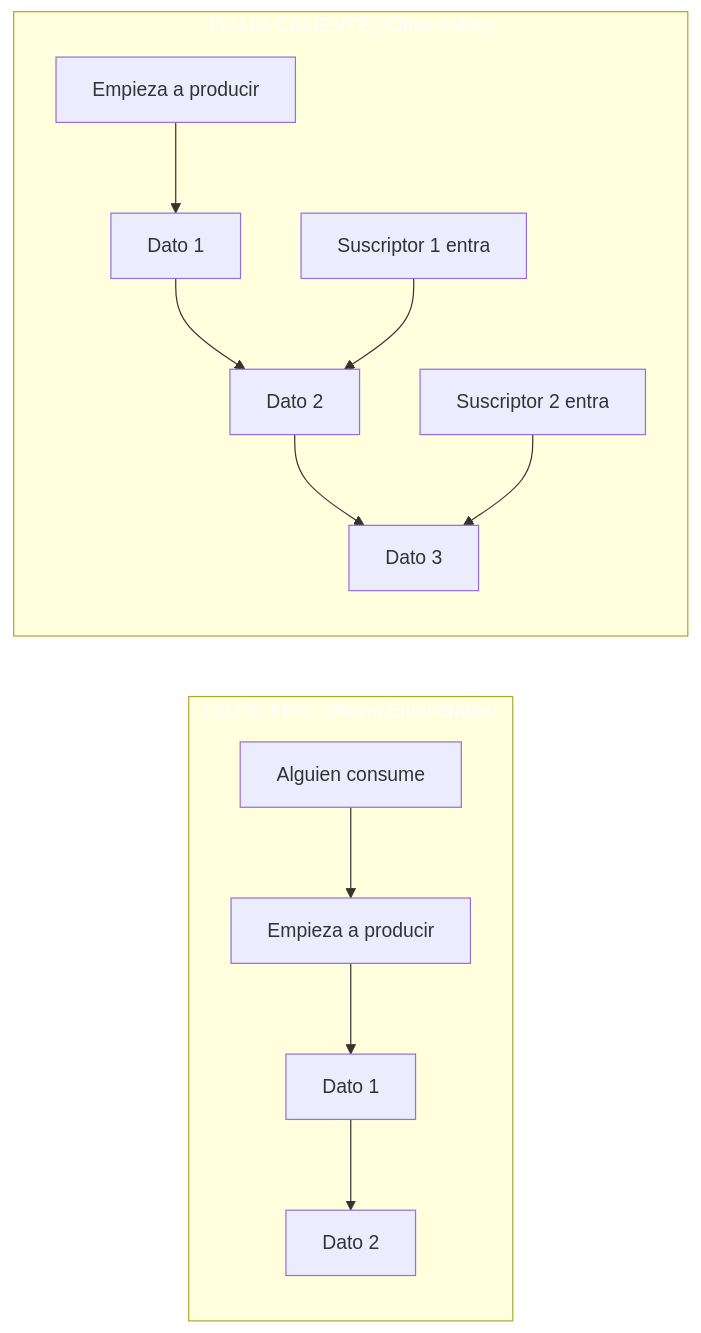
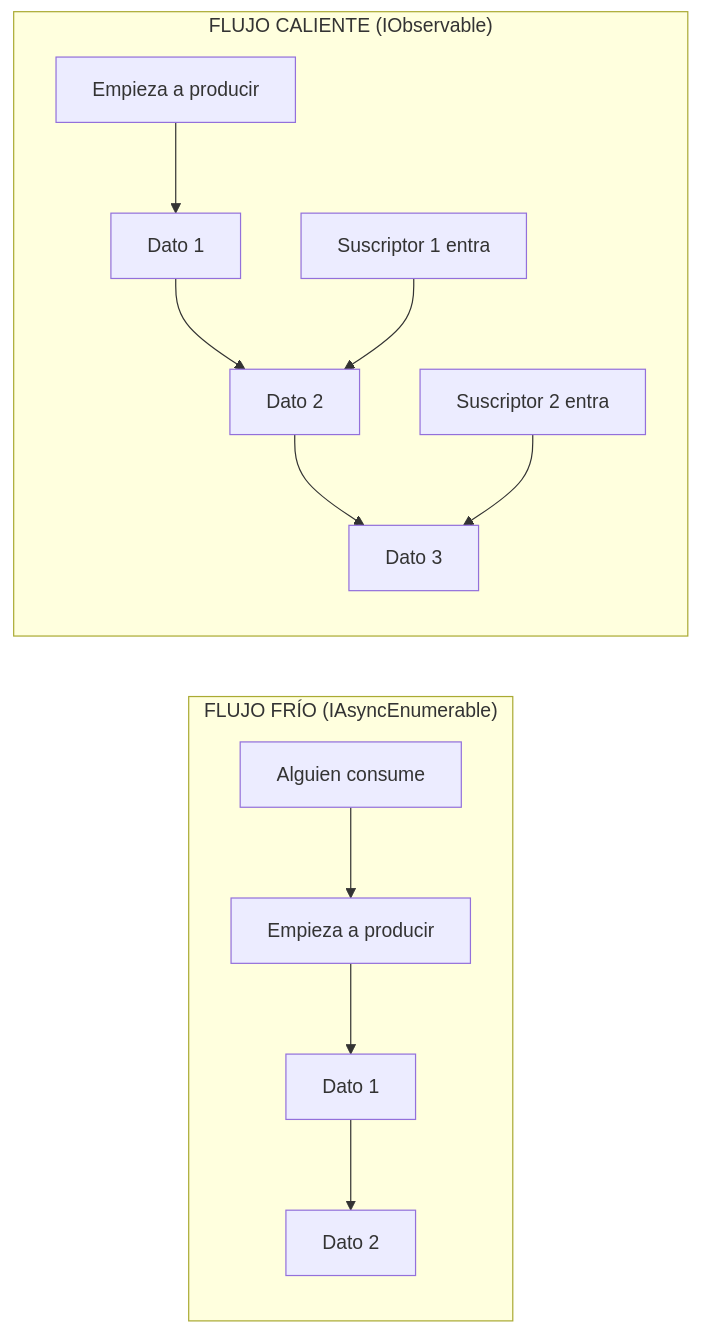
The second of 4 diagrams in 17-programacion-reactiva.md (joseluisgs/DesarrolloWebEntornosServidor-01-2026-2027), drawn with Mermaid before and after one commit. The commit also changed other lines of this file and 15 other files, not shown here.

Commit message:
docs: quitar el relleno a los subgraf de los diagramas y corregir comillas y rayas sueltas

````diff
--- a/17-programacion-reactiva.md
+++ b/17-programacion-reactiva.md
@@ -57,19 +55,17 @@
 ```mermaid
 graph LR
     subgraph FRIO["FLUJO FRÍO (IAsyncEnumerable)"]
         A1["Alguien consume"] --> A2["Empieza a producir"]
         A2 --> A3["Dato 1"]
         A3 --> A4["Dato 2"]
     end
 
     subgraph CALIENTE["FLUJO CALIENTE (IObservable)"]
         B1["Empieza a producir"] --> B2["Dato 1"]
         B2 --> B3["Dato 2"]
         B3 --> B4["Dato 3"]
         B5["Suscriptor 1 entra"] --> B3
         B6["Suscriptor 2 entra"] --> B4
     end
 
-    style FRIO fill:#2196F,color:#fff3,color:#fff
-    style CALIENTE fill:#FF980,color:#fff0,color:#fff
 ```
````
